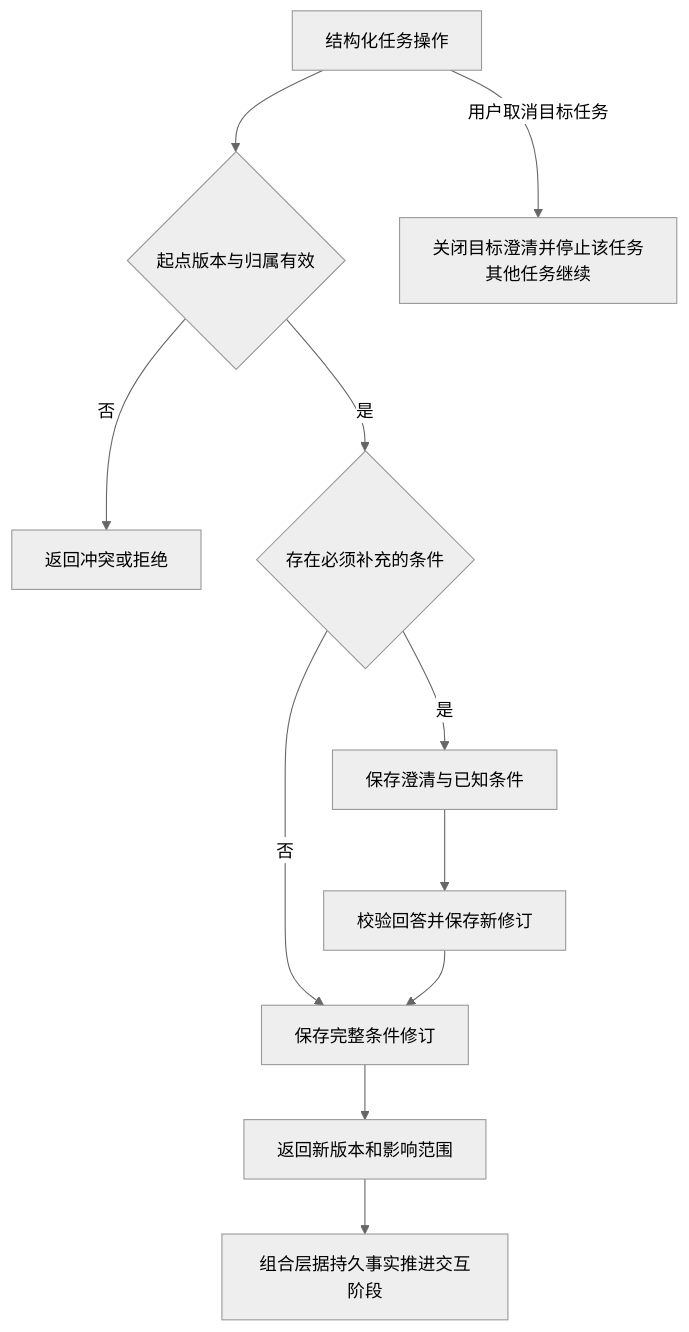
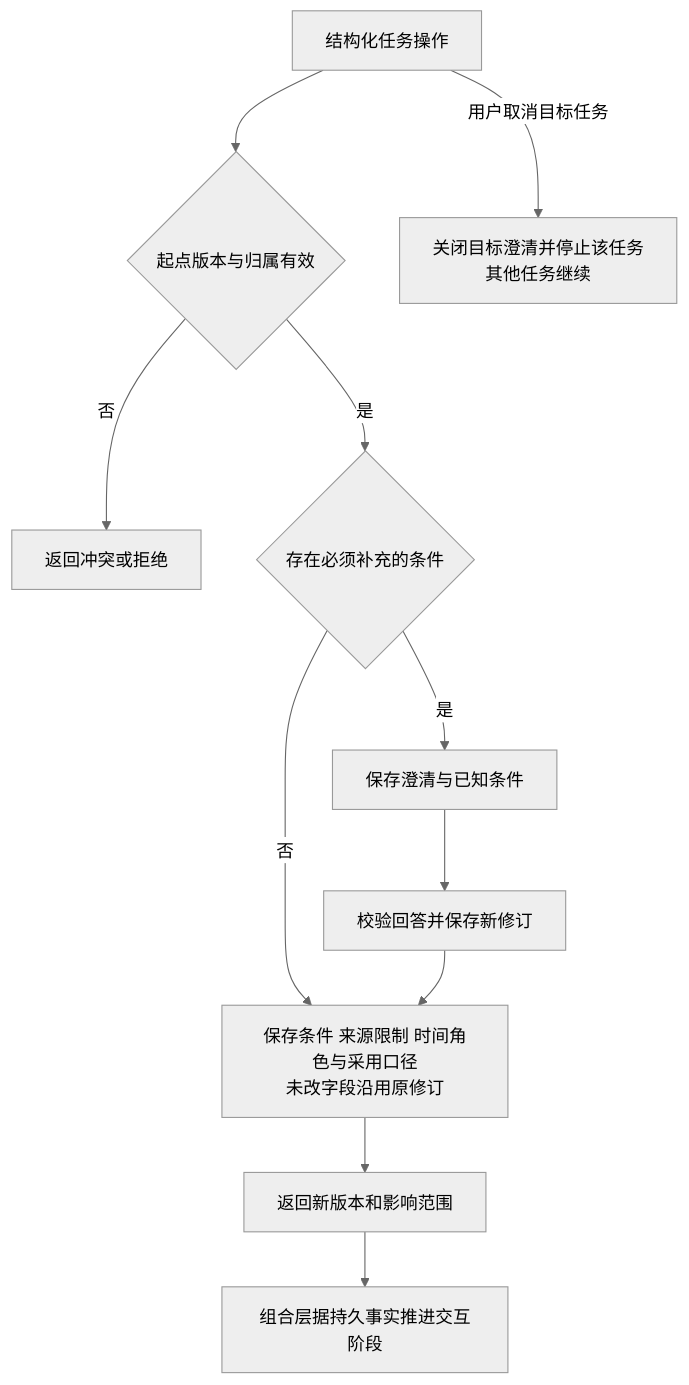
One commit to yaoziyaoguai/data_agent changed the fourth of 8 diagrams in docs/architecture/runtime-modules.md. Above: the diagram before and after it, drawn with Mermaid (neutral theme). The commit also changed other lines of this file and 55 other files, not shown here.

````diff
--- a/docs/architecture/runtime-modules.md
+++ b/docs/architecture/runtime-modules.md
@@ -171,13 +175,13 @@
 ```mermaid
 flowchart TD
   A[结构化任务操作] --> B{起点版本与归属有效}
   A -->|用户取消目标任务| XCancel[关闭目标澄清并停止该任务<br/>其他任务继续]
   B -->|否| X[返回冲突或拒绝]
   B -->|是| C{存在必须补充的条件}
   C -->|是| D[保存澄清与已知条件]
   D --> E[校验回答并保存新修订]
-  C -->|否| F[保存完整条件修订]
+  C -->|否| F[保存条件 来源限制 时间角色与采用口径<br/>未改字段沿用原修订]
   E --> F
   F --> G[返回新版本和影响范围]
   G --> H[组合层据持久事实推进交互阶段]
 ```
````
